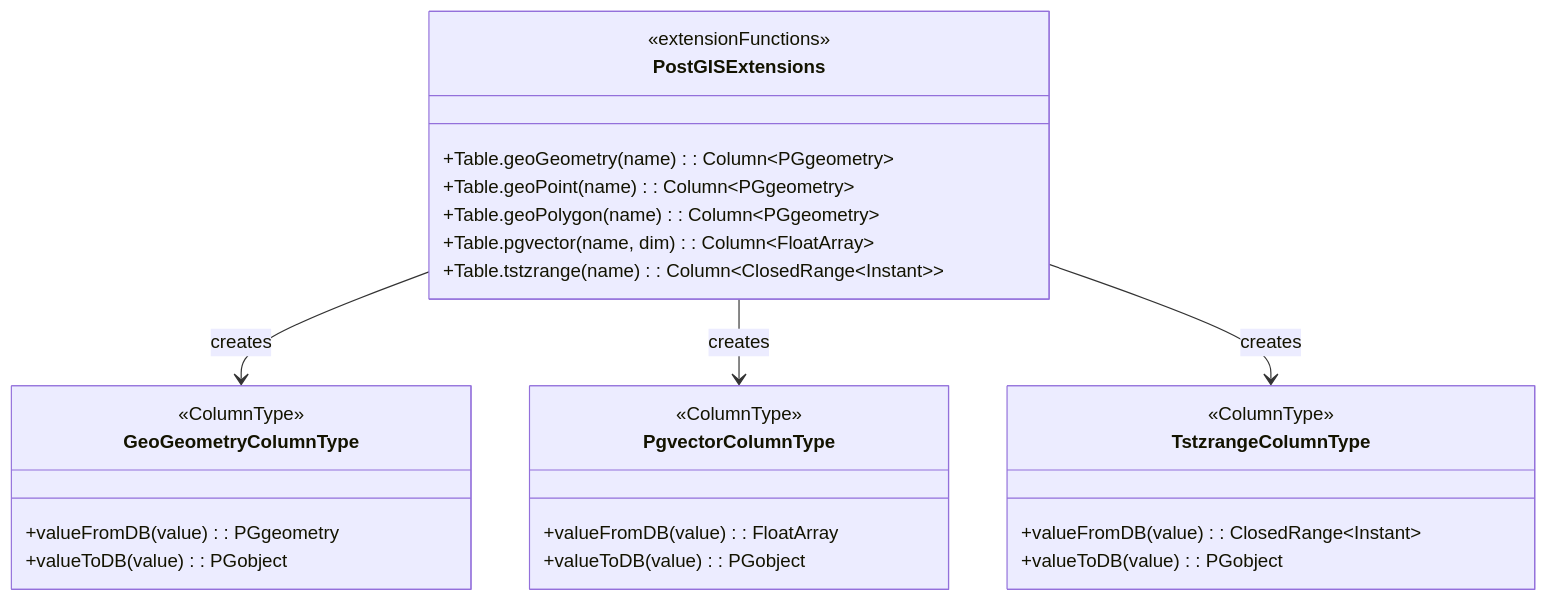
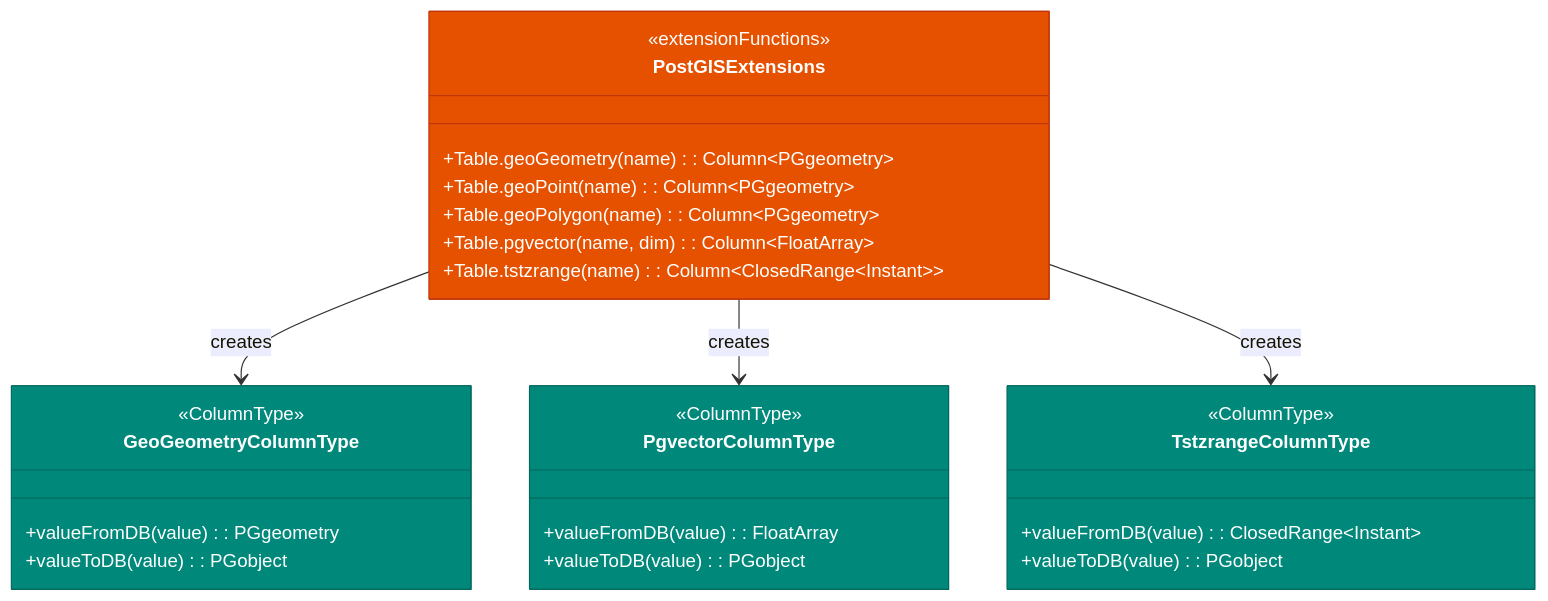
The second of 2 diagrams in data/exposed-postgresql/README.ko.md (bluetape4k/bluetape4k-projects), drawn with Mermaid before and after one commit. The commit also changed other lines of this file and 221 other files, not shown here.

First line of the commit message:
docs: 전체 모듈 README UML 다이어그램 보강 및 색상 업그레이드

````diff
--- a/data/exposed-postgresql/README.ko.md
+++ b/data/exposed-postgresql/README.ko.md
@@ -29,31 +41,35 @@
 ```mermaid
 classDiagram
     direction TB
     class GeoGeometryColumnType {
         <<ColumnType>>
         +valueFromDB(value): PGgeometry
         +valueToDB(value): PGobject
     }
     class PgvectorColumnType {
         <<ColumnType>>
         +valueFromDB(value): FloatArray
         +valueToDB(value): PGobject
     }
     class TstzrangeColumnType {
         <<ColumnType>>
         +valueFromDB(value): ClosedRange~Instant~
         +valueToDB(value): PGobject
     }
     class PostGISExtensions {
         <<extensionFunctions>>
         +Table.geoGeometry(name): Column~PGgeometry~
         +Table.geoPoint(name): Column~PGgeometry~
         +Table.geoPolygon(name): Column~PGgeometry~
         +Table.pgvector(name, dim): Column~FloatArray~
         +Table.tstzrange(name): Column~ClosedRange~Instant~~
     }
     PostGISExtensions --> GeoGeometryColumnType : creates
     PostGISExtensions --> PgvectorColumnType : creates
     PostGISExtensions --> TstzrangeColumnType : creates
 
+    style GeoGeometryColumnType fill:#00897B,stroke:#00695C,color:#FFFFFF
+    style PgvectorColumnType fill:#00897B,stroke:#00695C,color:#FFFFFF
+    style TstzrangeColumnType fill:#00897B,stroke:#00695C,color:#FFFFFF
+    style PostGISExtensions fill:#E65100,stroke:#BF360C,color:#FFFFFF
 ```
````
